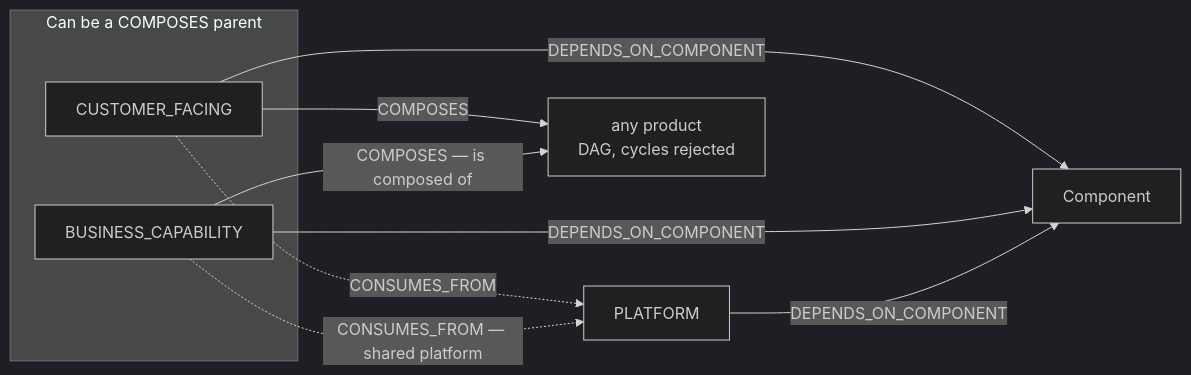
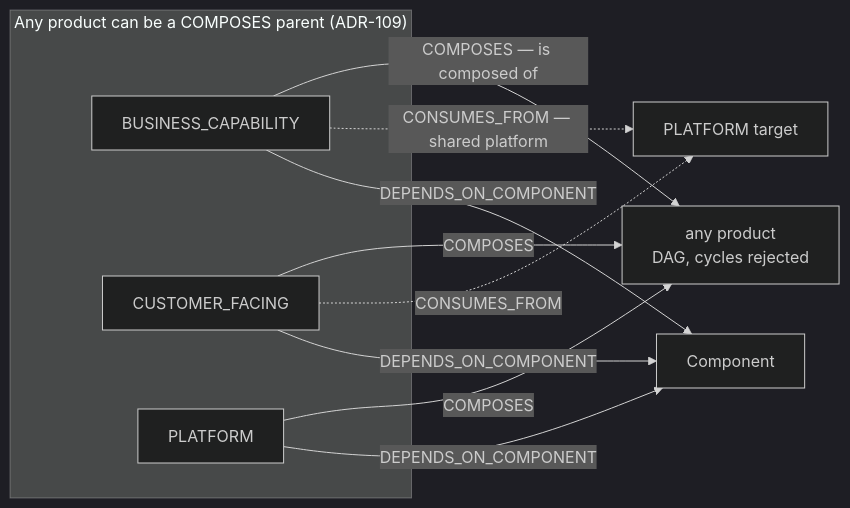
One commit to Componode/componode changed the first of 9 diagrams in docs/digital-products.md. Above: the diagram before and after it, drawn with Mermaid (dark theme). The commit also changed other lines of this file and 17 other files, not shown here.

First line of the commit message:
feat(edges): allow any product type as COMPOSES parent (018)

````diff
--- a/docs/digital-products.md
+++ b/docs/digital-products.md
@@ -37,16 +37,17 @@
 ```mermaid
 flowchart LR
-    subgraph Parents["Can be a COMPOSES parent"]
+    subgraph Parents["Any product can be a COMPOSES parent (ADR-109)"]
         BC["BUSINESS_CAPABILITY"]
         CF["CUSTOMER_FACING"]
+        P["PLATFORM"]
     end
-    P["PLATFORM"]
 
     BC -->|"COMPOSES — is composed of"| Child["any product<br/>DAG, cycles rejected"]
     CF -->|"COMPOSES"| Child
-    BC -.->|"CONSUMES_FROM — shared platform"| P
-    CF -.->|"CONSUMES_FROM"| P
+    P -->|"COMPOSES"| Child
+    BC -.->|"CONSUMES_FROM — shared platform"| T["PLATFORM target"]
+    CF -.->|"CONSUMES_FROM"| T
     P -->|"DEPENDS_ON_COMPONENT"| C["Component"]
     BC -->|"DEPENDS_ON_COMPONENT"| C
     CF -->|"DEPENDS_ON_COMPONENT"| C
 ```
````
